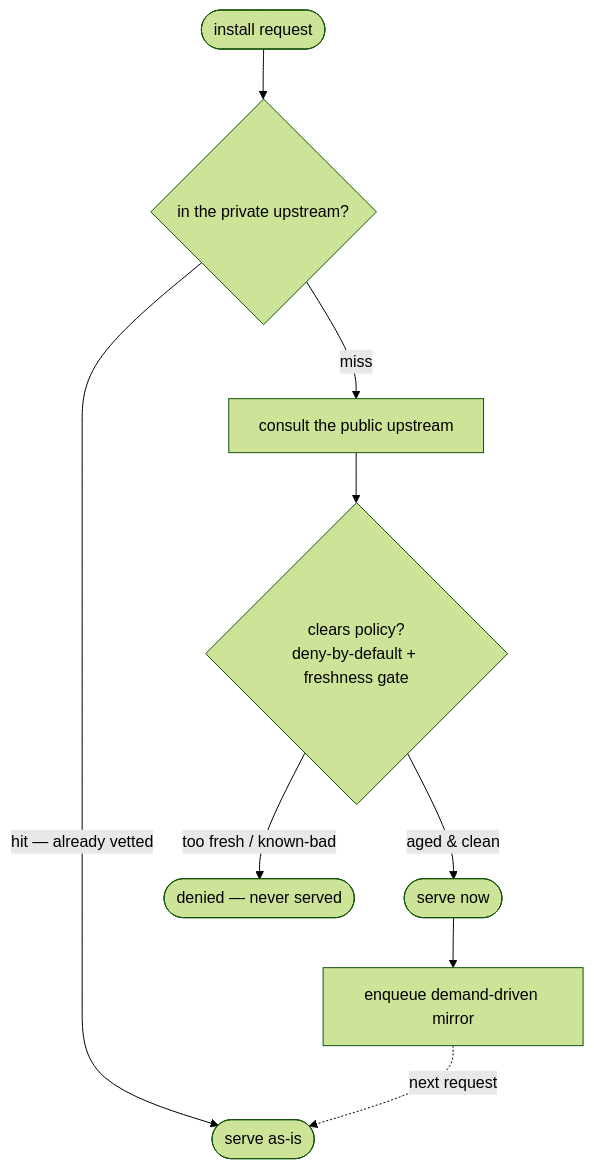
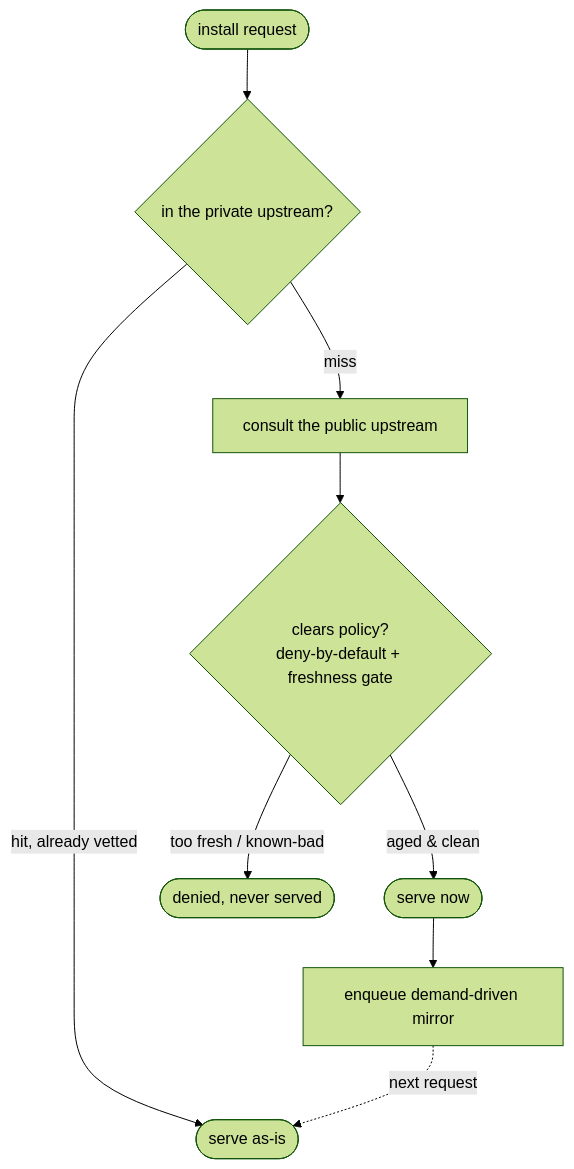
Before and after one commit to AlexaDeWit/Ecluse: the second of 2 diagrams in MOTIVATION.md, drawn with Mermaid (forest theme). The commit also changed other lines of this file and 12 other files, not shown here.

````diff
--- a/MOTIVATION.md
+++ b/MOTIVATION.md
@@ -175,11 +178,11 @@
 ```mermaid
 flowchart TD
     R(["install request"]) --> P{"in the private upstream?"}
-    P -->|"hit — already vetted"| HIT(["serve as-is"])
+    P -->|"hit, already vetted"| HIT(["serve as-is"])
     P -->|"miss"| PUB["consult the public upstream"]
     PUB --> POL{"clears policy?<br/>deny-by-default + freshness gate"}
-    POL -->|"too fresh / known-bad"| DENY(["denied — never served"])
+    POL -->|"too fresh / known-bad"| DENY(["denied, never served"])
     POL -->|"aged & clean"| SERVE(["serve now"])
     SERVE --> MIR["enqueue demand-driven mirror"]
     MIR -.->|"next request"| HIT
 ```
````
